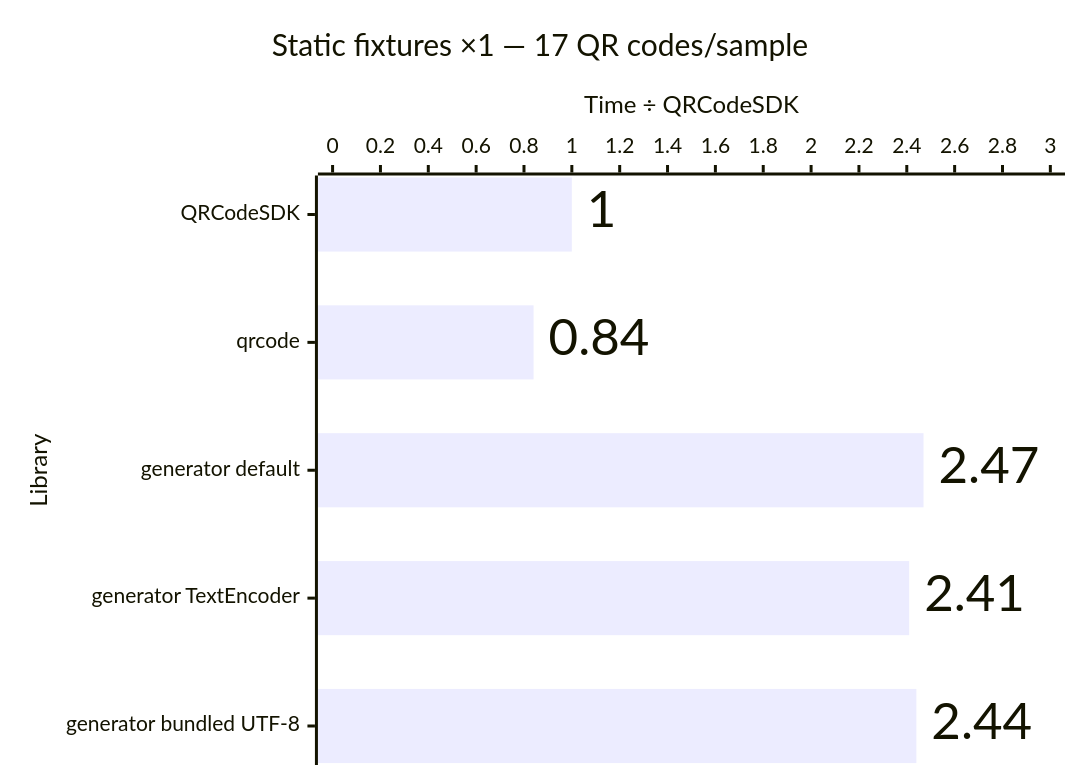
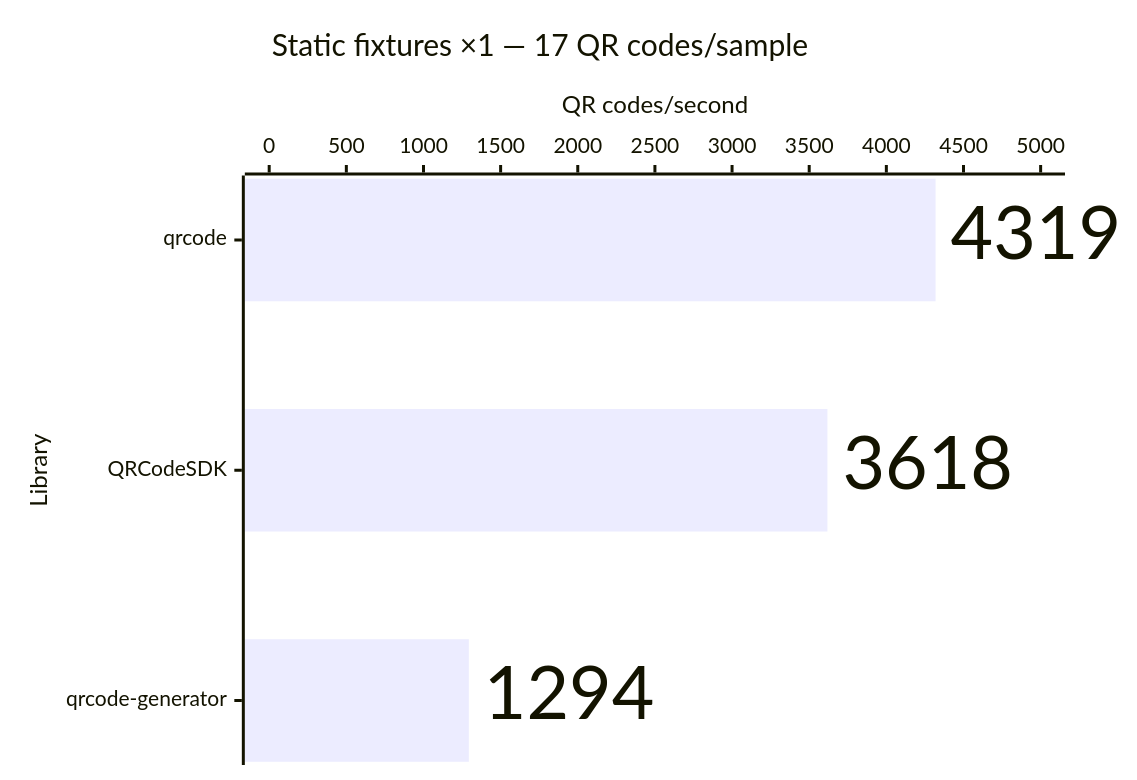
One commit to Dafnik/qrcodesdk changed the eighth of 14 diagrams in apps/docs/src/content/docs/learn/performance.md. Above: the diagram before and after it, drawn with Mermaid. The commit also changed other lines of this file and 21 other files, not shown here.

````diff
--- a/apps/docs/src/content/docs/learn/performance.md
+++ b/apps/docs/src/content/docs/learn/performance.md
@@ -193,15 +182,15 @@
 ```mermaid
 ---
 config:
   xyChart:
     showDataLabel: true
     showDataLabelOutsideBar: true
 ---
 xychart horizontal
   accTitle: SVG generation: Static fixtures ×1 — 17 QR codes/sample
-  accDescr: Relative median time compared with QRCodeSDK. QRCodeSDK 1.00 times, qrcode 0.84 times, generator default 2.47 times, generator TextEncoder 2.41 times, generator bundled UTF-8 2.44 times. Lower is better.
+  accDescr: Throughput calculated from median time. qrcode 4,319 QR codes per second, QRCodeSDK 3,618 QR codes per second, qrcode-generator 1,294 QR codes per second. Higher is better.
   title "Static fixtures ×1 — 17 QR codes/sample"
-  x-axis "Library" ["QRCodeSDK", "qrcode", "generator default", "generator TextEncoder", "generator bundled UTF-8"]
-  y-axis "Time ÷ QRCodeSDK" 0 --> 3.0
-  bar [1.00, 0.84, 2.47, 2.41, 2.44]
+  x-axis "Library" ["qrcode", "QRCodeSDK", "qrcode-generator"]
+  y-axis "QR codes/second" 0 --> 5000
+  bar [4319, 3618, 1294]
 ```
````
